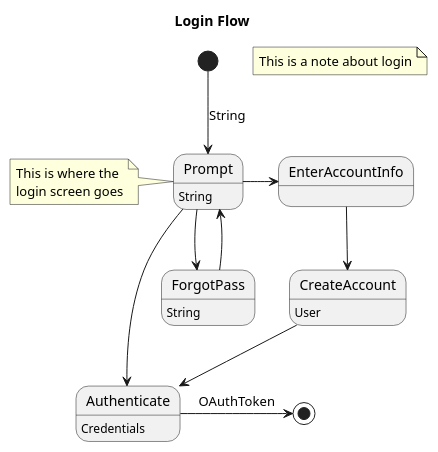
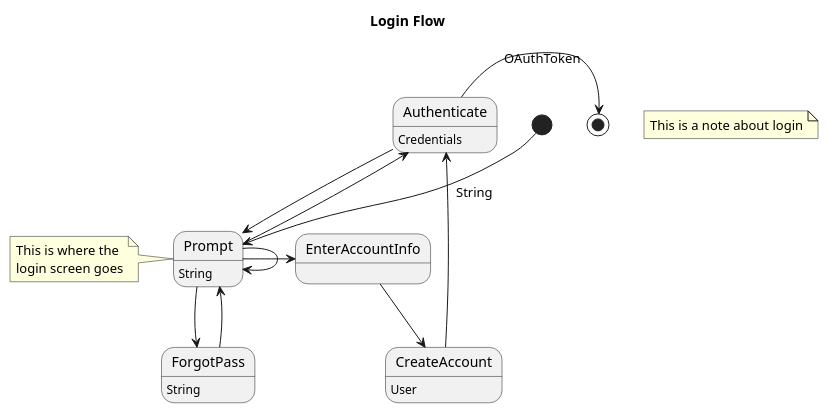
The diagram in example/ios/ExampleFlow/ExampleFlow/Login/LoginFlow.puml (inmotionsoftware/FlowKit), drawn with PlantUML before and after one commit. The commit also changed 20 other files, not shown here.

```diff
--- a/example/ios/ExampleFlow/ExampleFlow/Login/LoginFlow.puml
+++ b/example/ios/ExampleFlow/ExampleFlow/Login/LoginFlow.puml
@@ -1,36 +1,40 @@
 @startuml
 
 title Login Flow
 
 [*] --> Prompt: String
 
 Prompt --> Authenticate
 Prompt --> ForgotPass
 Prompt -> EnterAccountInfo
+
+Prompt -> Prompt
+
+Authenticate -> Prompt
 
 Prompt: String
 
 Authenticate: Credentials
 
 ForgotPass --> Prompt
 
 ForgotPass: String
 
 'state EnterAccountInfo {
 '    [*] --> EnterEmail
 '    EnterEmail --> EnterPassword
 '    EnterPassword --> [*]
 '}
 
 EnterAccountInfo --> CreateAccount
 CreateAccount: User
 CreateAccount --> Authenticate
 
 note "This is a note about login" as N1
 note left of Prompt
     This is where the
     login screen goes
 end note
 
 Authenticate -> [*]: OAuthToken
 @enduml
```
